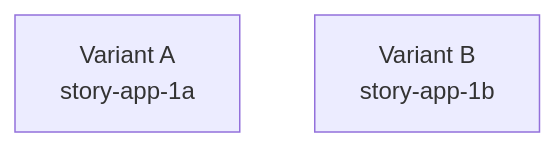
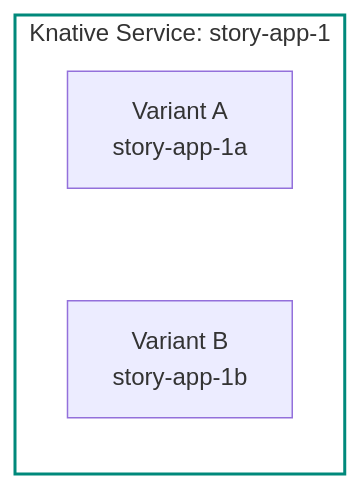
One commit to ThomasVitale/kubecon-2026-gitops changed the first of 28 diagrams in slides/index.qmd. Above: the diagram before and after it, drawn with Mermaid. The commit also changed other lines of this file and 4 other files, not shown here.

````diff
--- a/slides/index.qmd
+++ b/slides/index.qmd
@@ -81,5 +133,8 @@
 ```{mermaid}
 %%| fig-width: 10
 flowchart LR
-  A["Variant A<br/>story-app-1a"] ~~~ B["Variant B<br/>story-app-1b"]
+  subgraph knative ["Knative Service: story-app-1"]
+    A["Variant A<br/>story-app-1a"] ~~~ B["Variant B<br/>story-app-1b"]
+  end
+  style knative fill:none,stroke:#00897B,stroke-width:2px
 ```
````
